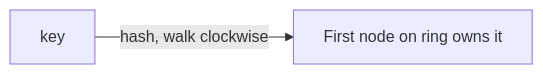
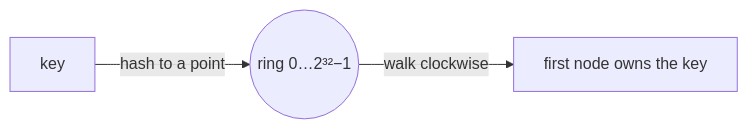
Before and after one commit to hiepgithub2001/swedocs: the diagram in system-design/1-knowledge/building-blocks/consistent-hashing.md, drawn with Mermaid. The commit also changed other lines of this file and 2 other files, not shown here.

Commit message:
Enrich consistent-hashing: ring diagram (PNG+SVG), lookup, vnodes, code

````diff
--- a/system-design/1-knowledge/building-blocks/consistent-hashing.md
+++ b/system-design/1-knowledge/building-blocks/consistent-hashing.md
@@ -16,4 +25,5 @@
 ```mermaid
 flowchart LR
-    K[key] -->|hash, walk clockwise| N[First node on ring owns it]
+    K[key] -->|hash to a point| R((ring 0…2³²−1))
+    R -->|walk clockwise| N[first node owns the key]
 ```
````
